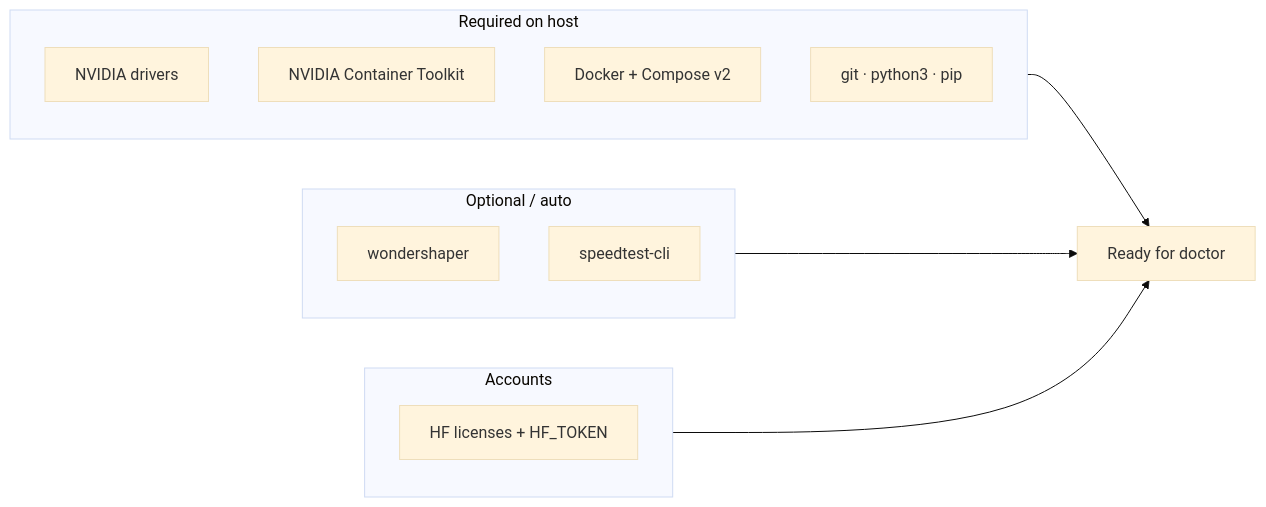
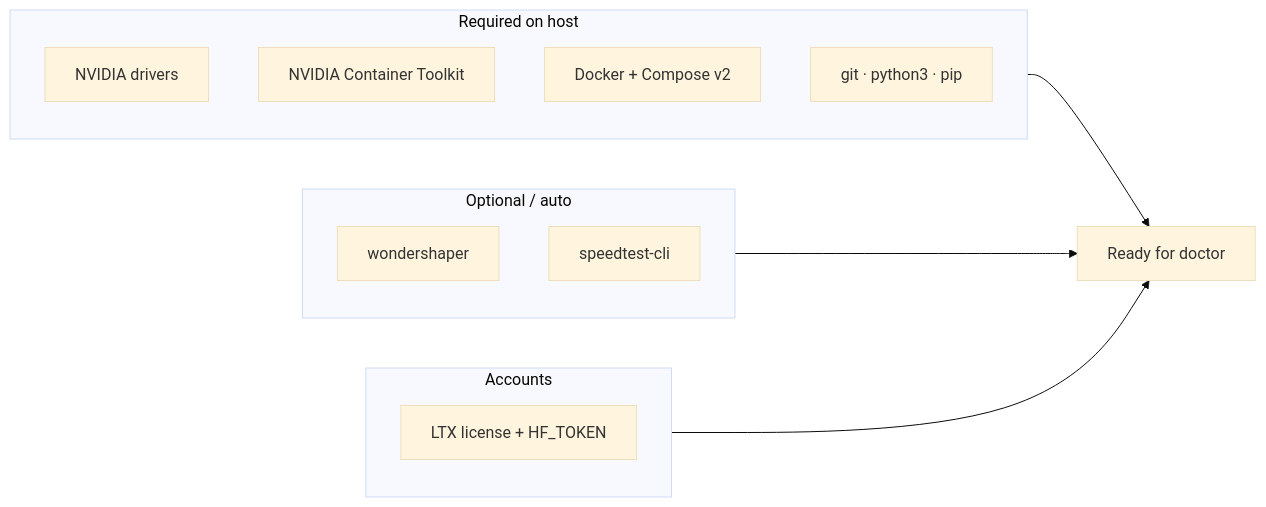
One commit to toxicoder/ez-comfy-stack changed the first of 3 diagrams in docs/getting-started.md. Above: the diagram before and after it, drawn with Mermaid (base theme). The commit also changed other lines of this file and 142 other files, not shown here.

````diff
--- a/docs/getting-started.md
+++ b/docs/getting-started.md
@@ -93,19 +124,19 @@
 ```mermaid
 flowchart LR
   subgraph Required["Required on host"]
     Drv["NVIDIA drivers"]
     CTK["NVIDIA Container Toolkit"]
     Dock["Docker + Compose v2"]
     Git["git · python3 · pip"]
   end
   subgraph Optional["Optional / auto"]
     WS["wondershaper"]
     ST["speedtest-cli"]
   end
   subgraph Accounts["Accounts"]
-    HF["HF licenses + HF_TOKEN"]
+    HF["LTX license + HF_TOKEN"]
   end
   Required --> Ready["Ready for doctor"]
   Optional --> Ready
   Accounts --> Ready
 ```
````
